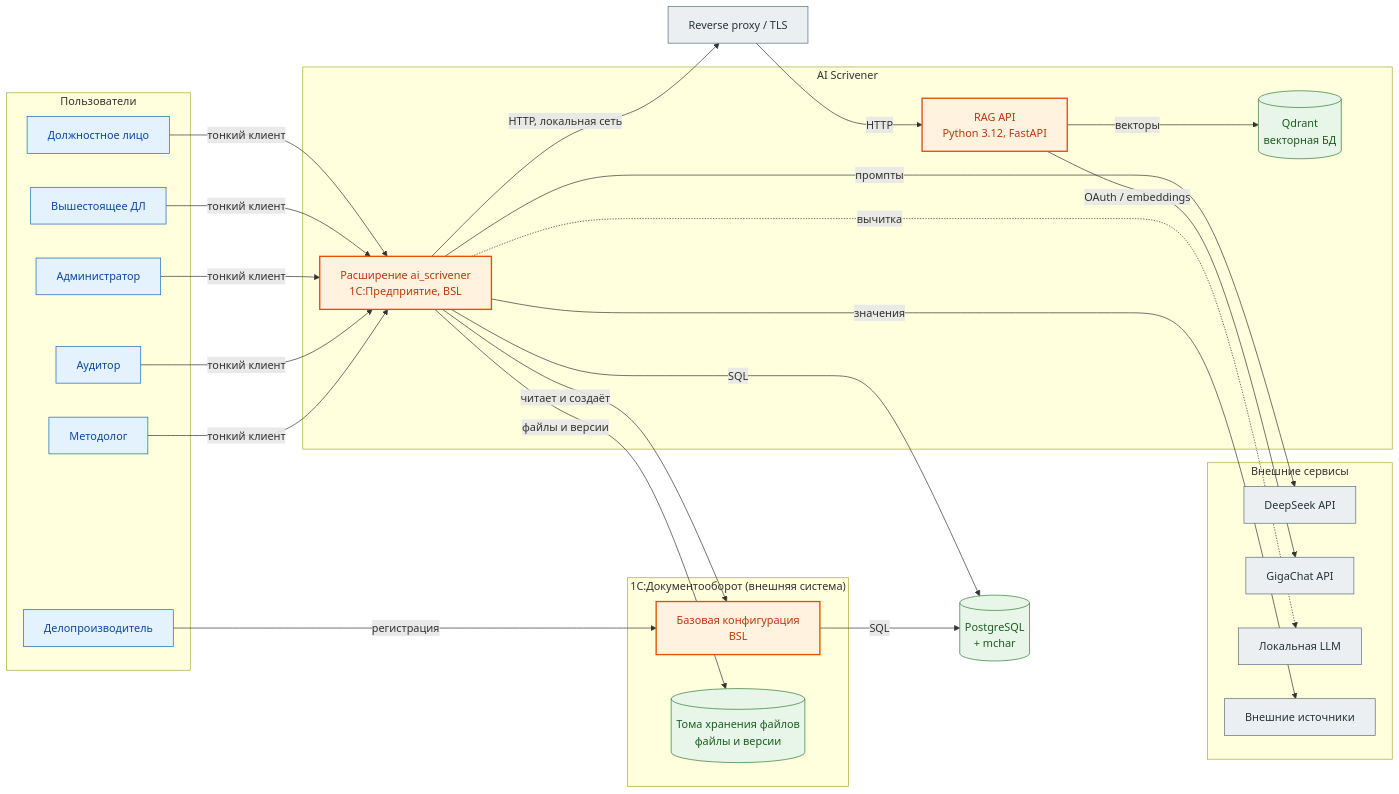
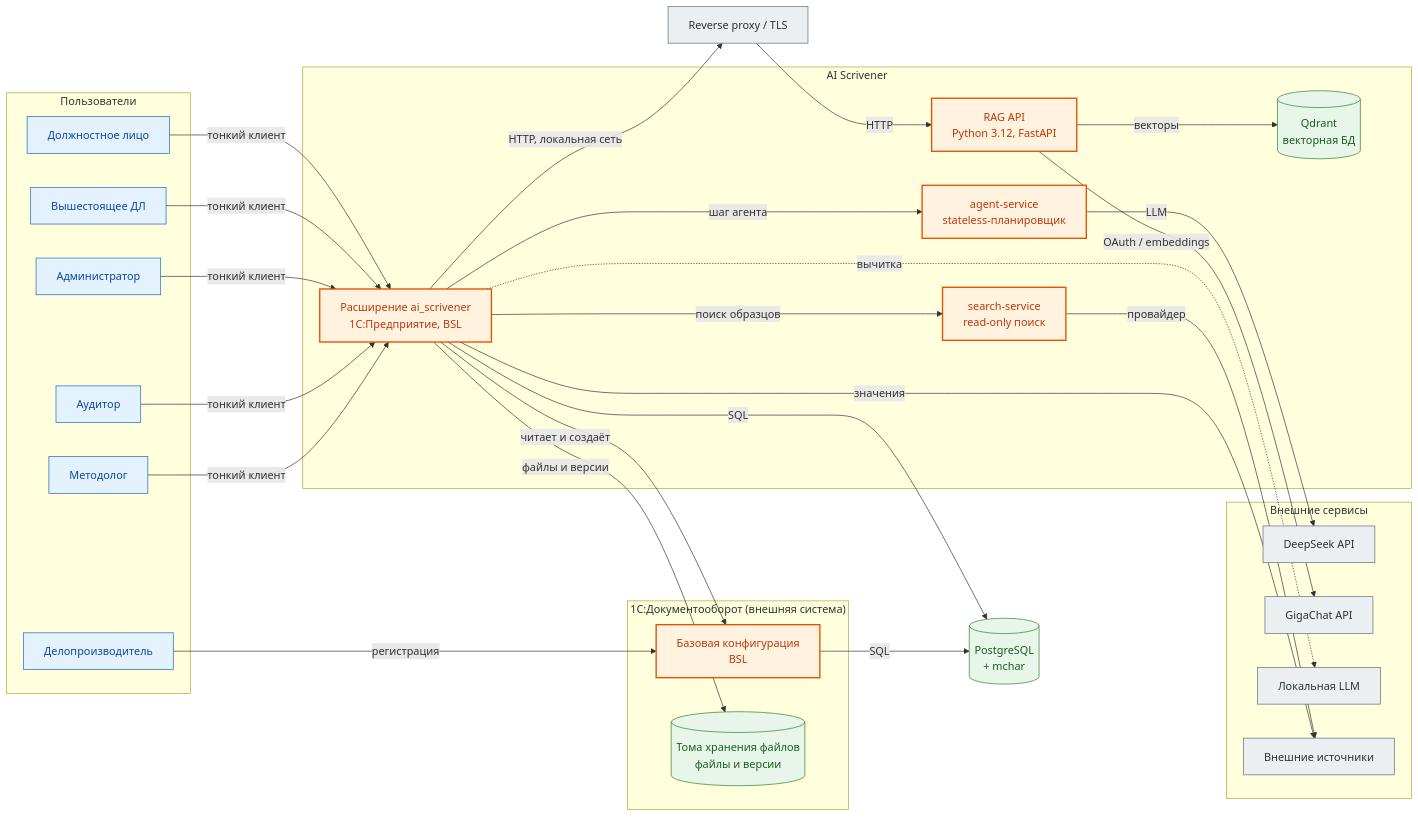
Before and after one commit to igorvolk1961/ai_scrivener: the second of 5 diagrams in docs/system-analysis/c4-model.md, drawn with Mermaid. The commit also changed other lines of this file and 12 other files, not shown here.

````diff
--- a/docs/system-analysis/c4-model.md
+++ b/docs/system-analysis/c4-model.md
@@ -74,59 +74,64 @@
 ```mermaid
 flowchart LR
     subgraph Actors["Пользователи"]
         DL["Должностное лицо"]
         SUP["Вышестоящее ДЛ"]
         ADM["Администратор"]
         AUD["Аудитор"]
         MET["Методолог"]
         CLERK["Делопроизводитель"]
     end
 
     subgraph AIS["AI Scrivener"]
         EXTN["Расширение ai_scrivener<br/>1С:Предприятие, BSL"]
         API["RAG API<br/>Python 3.12, FastAPI"]
+        AGENT["agent-service<br/>stateless-планировщик"]
+        SEARCH["search-service<br/>read-only поиск"]
         QD[("Qdrant<br/>векторная БД")]
     end
 
     subgraph DOCS["1С:Документооборот (внешняя система)"]
         BASE["Базовая конфигурация<br/>BSL"]
         FILES[("Тома хранения файлов<br/>файлы и версии")]
     end
 
     PG[("PostgreSQL<br/>+ mchar")]
     PROXY["Reverse proxy / TLS"]
 
     subgraph External["Внешние сервисы"]
         DS["DeepSeek API"]
         GC["GigaChat API"]
         LLM["Локальная LLM"]
         SRC["Внешние источники"]
     end
 
     DL -->|"тонкий клиент"| EXTN
     SUP -->|"тонкий клиент"| EXTN
     ADM -->|"тонкий клиент"| EXTN
     AUD -->|"тонкий клиент"| EXTN
     MET -->|"тонкий клиент"| EXTN
     CLERK -->|"регистрация"| BASE
     EXTN -->|"читает и создаёт"| BASE
     BASE -->|"SQL"| PG
     EXTN -->|"SQL"| PG
     EXTN -->|"файлы и версии"| FILES
     EXTN -->|"HTTP, локальная сеть"| PROXY
     PROXY -->|"HTTP"| API
     API -->|"векторы"| QD
     API -->|"OAuth / embeddings"| GC
-    EXTN -->|"промпты"| DS
+    EXTN -->|"шаг агента"| AGENT
+    EXTN -->|"поиск образцов"| SEARCH
+    AGENT -->|"LLM"| DS
+    SEARCH -->|"провайдер"| SRC
     EXTN -.->|"вычитка"| LLM
     EXTN -->|"значения"| SRC
 
     classDef actor fill:#E3F2FD,stroke:#1565C0,color:#0D47A1
     classDef cont fill:#FFF3E0,stroke:#E65100,stroke-width:2px,color:#BF360C
     classDef storage fill:#E8F5E9,stroke:#2E7D32,color:#1B5E20
     classDef external fill:#ECEFF1,stroke:#546E7A,color:#263238
     class DL,SUP,ADM,AUD,MET,CLERK actor
-    class EXTN,API,BASE cont
+    class EXTN,API,AGENT,SEARCH,BASE cont
     class QD,PG,FILES storage
     class PROXY,DS,GC,LLM,SRC external
 ```
````
